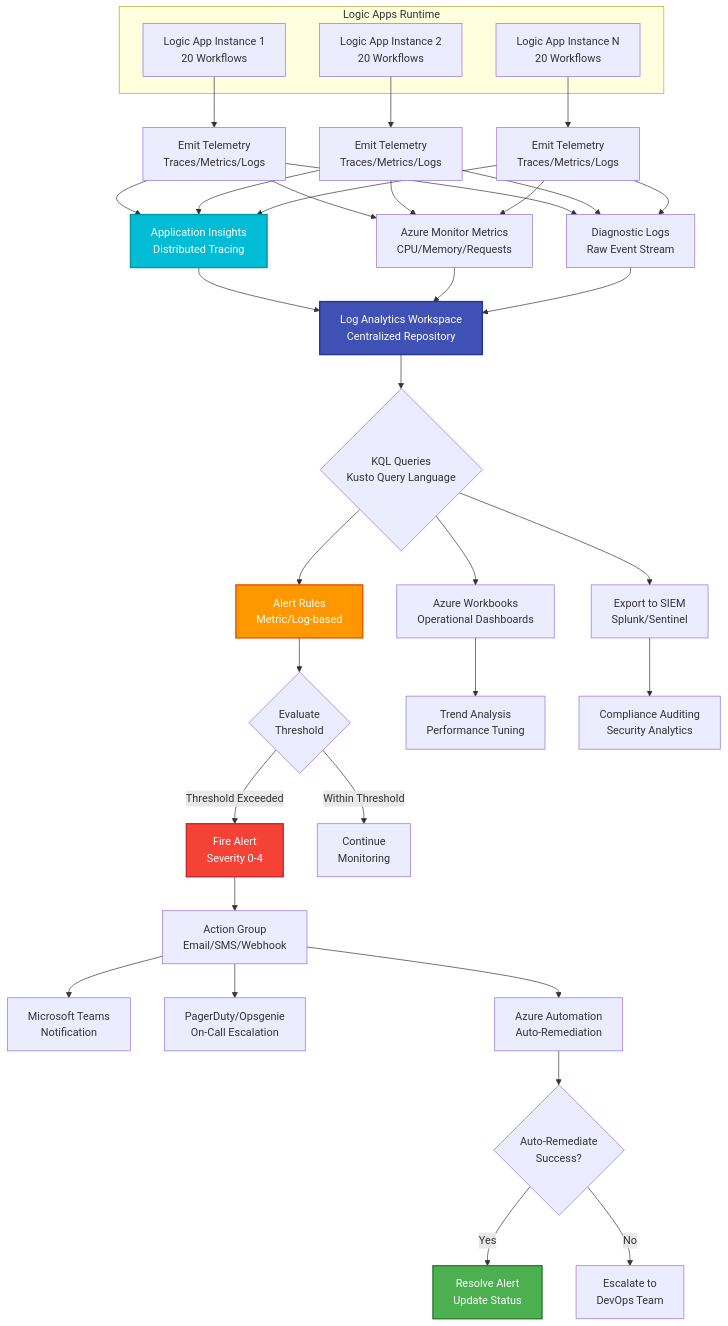
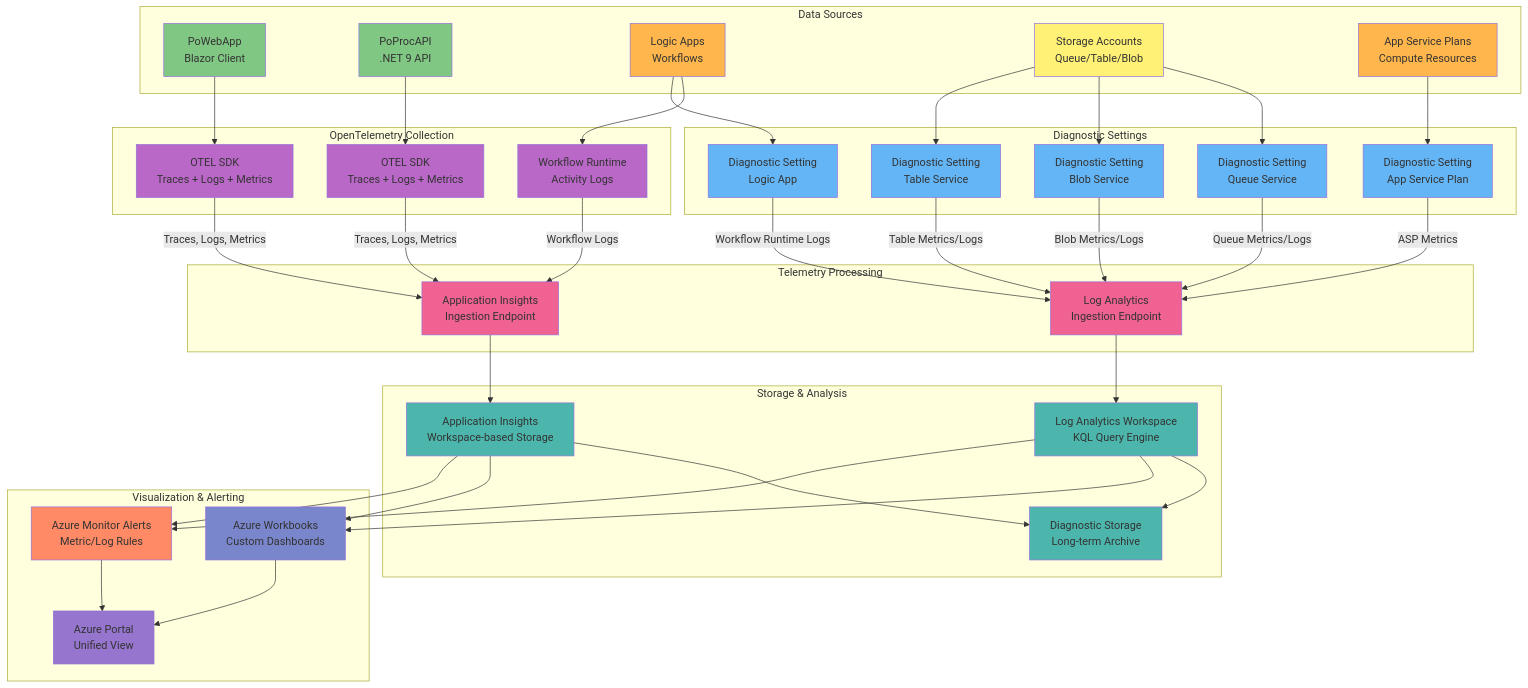
One commit to Evilazaro/Azure-LogicApps-Monitoring changed the fourth of 4 diagrams in README.md. Above: the diagram before and after it, drawn with Mermaid. The commit also changed other lines of this file, not shown here.

Commit message:
Implement feature X to enhance user experience and optimize performance

````diff
--- a/README.md
+++ b/README.md
@@ -534,59 +389,98 @@
 ```mermaid
 flowchart TD
-    subgraph "Logic Apps Runtime"
-        LA1[Logic App Instance 1<br/>20 Workflows]
-        LA2[Logic App Instance 2<br/>20 Workflows]
-        LAN[Logic App Instance N<br/>20 Workflows]
+    subgraph "Data Sources"
+        SOURCE1[PoWebApp<br/>Blazor Client]
+        SOURCE2[PoProcAPI<br/>.NET 9 API]
+        SOURCE3[Logic Apps<br/>Workflows]
+        SOURCE4[Storage Accounts<br/>Queue/Table/Blob]
+        SOURCE5[App Service Plans<br/>Compute Resources]
     end
     
-    LA1 --> EMIT1[Emit Telemetry<br/>Traces/Metrics/Logs]
-    LA2 --> EMIT2[Emit Telemetry<br/>Traces/Metrics/Logs]
-    LAN --> EMITN[Emit Telemetry<br/>Traces/Metrics/Logs]
+    subgraph "OpenTelemetry Collection"
+        OTEL1[OTEL SDK<br/>Traces + Logs + Metrics]
+        OTEL2[OTEL SDK<br/>Traces + Logs + Metrics]
+        OTEL3[Workflow Runtime<br/>Activity Logs]
+    end
     
-    EMIT1 --> INSIGHTS[Application Insights<br/>Distributed Tracing]
-    EMIT2 --> INSIGHTS
-    EMITN --> INSIGHTS
+    subgraph "Diagnostic Settings"
+        DIAG1[Diagnostic Setting<br/>Queue Service]
+        DIAG2[Diagnostic Setting<br/>Blob Service]
+        DIAG3[Diagnostic Setting<br/>Table Service]
+        DIAG4[Diagnostic Setting<br/>App Service Plan]
+        DIAG5[Diagnostic Setting<br/>Logic App]
+    end
     
-    EMIT1 --> METRICS[Azure Monitor Metrics<br/>CPU/Memory/Requests]
-    EMIT2 --> METRICS
-    EMITN --> METRICS
+    subgraph "Telemetry Processing"
+        AI_INGESTION[Application Insights<br/>Ingestion Endpoint]
+        LAW_INGESTION[Log Analytics<br/>Ingestion Endpoint]
+    end
     
-    EMIT1 --> LOGS_RAW[Diagnostic Logs<br/>Raw Event Stream]
-    EMIT2 --> LOGS_RAW
-    EMITN --> LOGS_RAW
+    subgraph "Storage & Analysis"
+        AI_STORAGE[Application Insights<br/>Workspace-based Storage]
+        LAW_STORAGE[Log Analytics Workspace<br/>KQL Query Engine]
+        BLOB_STORAGE[Diagnostic Storage<br/>Long-term Archive]
+    end
     
-    INSIGHTS --> LOGS[Log Analytics Workspace<br/>Centralized Repository]
-    METRICS --> LOGS
-    LOGS_RAW --> LOGS
+    subgraph "Visualization & Alerting"
+        WORKBOOKS[Azure Workbooks<br/>Custom Dashboards]
+        ALERTS[Azure Monitor Alerts<br/>Metric/Log Rules]
+        PORTAL[Azure Portal<br/>Unified View]
+    end
     
-    LOGS --> QUERY{KQL Queries<br/>Kusto Query Language}
+    SOURCE1 --> OTEL1
+    SOURCE2 --> OTEL2
+    SOURCE3 --> OTEL3
     
-    QUERY --> DASHBOARD[Azure Workbooks<br/>Operational Dashboards]
-    QUERY --> ALERT_RULES[Alert Rules<br/>Metric/Log-based]
-    QUERY --> EXPORT[Export to SIEM<br/>Splunk/Sentinel]
+    SOURCE4 --> DIAG1
+    SOURCE4 --> DIAG2
+    SOURCE4 --> DIAG3
+    SOURCE5 --> DIAG4
+    SOURCE3 --> DIAG5
     
-    ALERT_RULES --> EVAL{Evaluate<br/>Threshold}
+    OTEL1 -->|Traces, Logs, Metrics| AI_INGESTION
+    OTEL2 -->|Traces, Logs, Metrics| AI_INGESTION
+    OTEL3 -->|Workflow Logs| AI_INGESTION
     
-    EVAL -->|Threshold Exceeded| FIRE_ALERT[Fire Alert<br/>Severity 0-4]
-    EVAL -->|Within Threshold| MONITOR_CONTINUE[Continue<br/>Monitoring]
+    DIAG1 -->|Queue Metrics/Logs| LAW_INGESTION
+    DIAG2 -->|Blob Metrics/Logs| LAW_INGESTION
+    DIAG3 -->|Table Metrics/Logs| LAW_INGESTION
+    DIAG4 -->|ASP Metrics| LAW_INGESTION
+    DIAG5 -->|Workflow Runtime Logs| LAW_INGESTION
     
-    FIRE_ALERT --> ACTION_GROUP[Action Group<br/>Email/SMS/Webhook]
+    AI_INGESTION --> AI_STORAGE
+    LAW_INGESTION --> LAW_STORAGE
     
-    ACTION_GROUP --> NOTIFY_TEAMS[Microsoft Teams<br/>Notification]
-    ACTION_GROUP --> NOTIFY_ONCALL[PagerDuty/Opsgenie<br/>On-Call Escalation]
-    ACTION_GROUP --> TRIGGER_RUNBOOK[Azure Automation<br/>Auto-Remediation]
+    AI_STORAGE --> BLOB_STORAGE
+    LAW_STORAGE --> BLOB_STORAGE
     
-    TRIGGER_RUNBOOK --> REMEDIATE{Auto-Remediate<br/>Success?}
+    AI_STORAGE --> WORKBOOKS
+    LAW_STORAGE --> WORKBOOKS
     
-    REMEDIATE -->|Yes| RESOLVE[Resolve Alert<br/>Update Status]
-    REMEDIATE -->|No| ESCALATE[Escalate to<br/>DevOps Team]
+    AI_STORAGE --> ALERTS
+    LAW_STORAGE --> ALERTS
     
-    DASHBOARD --> ANALYZE[Trend Analysis<br/>Performance Tuning]
-    EXPORT --> COMPLIANCE[Compliance Auditing<br/>Security Analytics]
+    WORKBOOKS --> PORTAL
+    ALERTS --> PORTAL
     
-    style INSIGHTS fill:#00bcd4,stroke:#0097a7,stroke-width:2px,color:#fff
-    style LOGS fill:#3f51b5,stroke:#283593,stroke-width:2px,color:#fff
-    style ALERT_RULES fill:#ff9800,stroke:#e65100,stroke-width:2px,color:#fff
-    style FIRE_ALERT fill:#f44336,stroke:#c62828,stroke-width:2px,color:#fff
-    style RESOLVE fill:#4caf50,stroke:#2e7d32,stroke-width:2px,color:#fff
+    style SOURCE1 fill:#81c784
+    style SOURCE2 fill:#81c784
+    style SOURCE3 fill:#ffb74d
+    style SOURCE4 fill:#fff176
+    style SOURCE5 fill:#ffb74d
+    style OTEL1 fill:#ba68c8
+    style OTEL2 fill:#ba68c8
+    style OTEL3 fill:#ba68c8
+    style DIAG1 fill:#64b5f6
+    style DIAG2 fill:#64b5f6
+    style DIAG3 fill:#64b5f6
+    style DIAG4 fill:#64b5f6
+    style DIAG5 fill:#64b5f6
+    style AI_INGESTION fill:#f06292
+    style LAW_INGESTION fill:#f06292
+    style AI_STORAGE fill:#4db6ac
+    style LAW_STORAGE fill:#4db6ac
+    style BLOB_STORAGE fill:#4db6ac
+    style WORKBOOKS fill:#7986cb
+    style ALERTS fill:#ff8a65
+    style PORTAL fill:#9575cd
 ```
````
